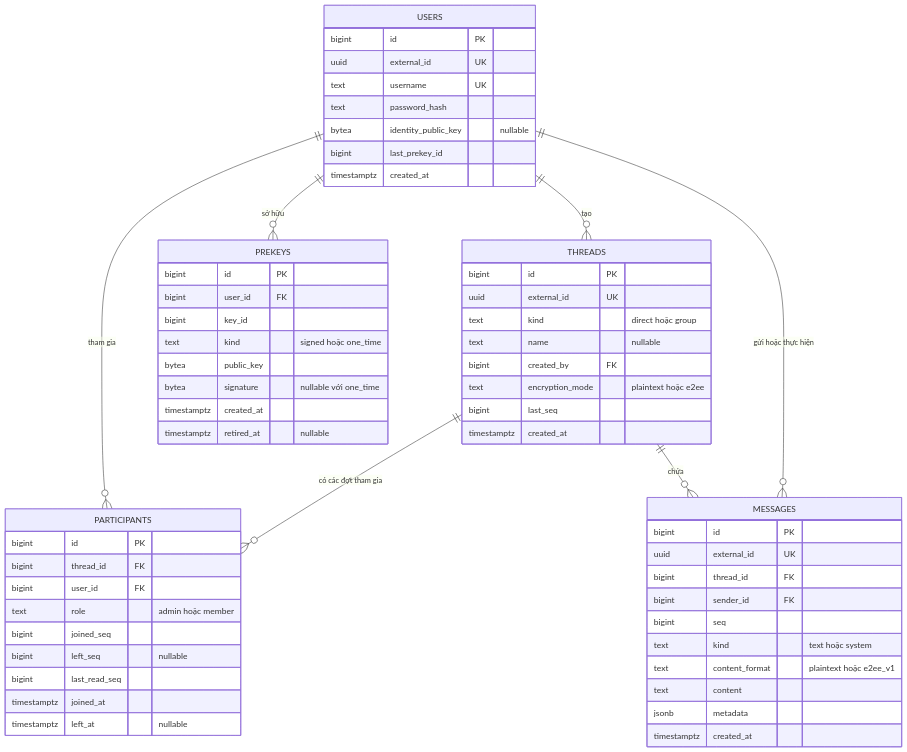
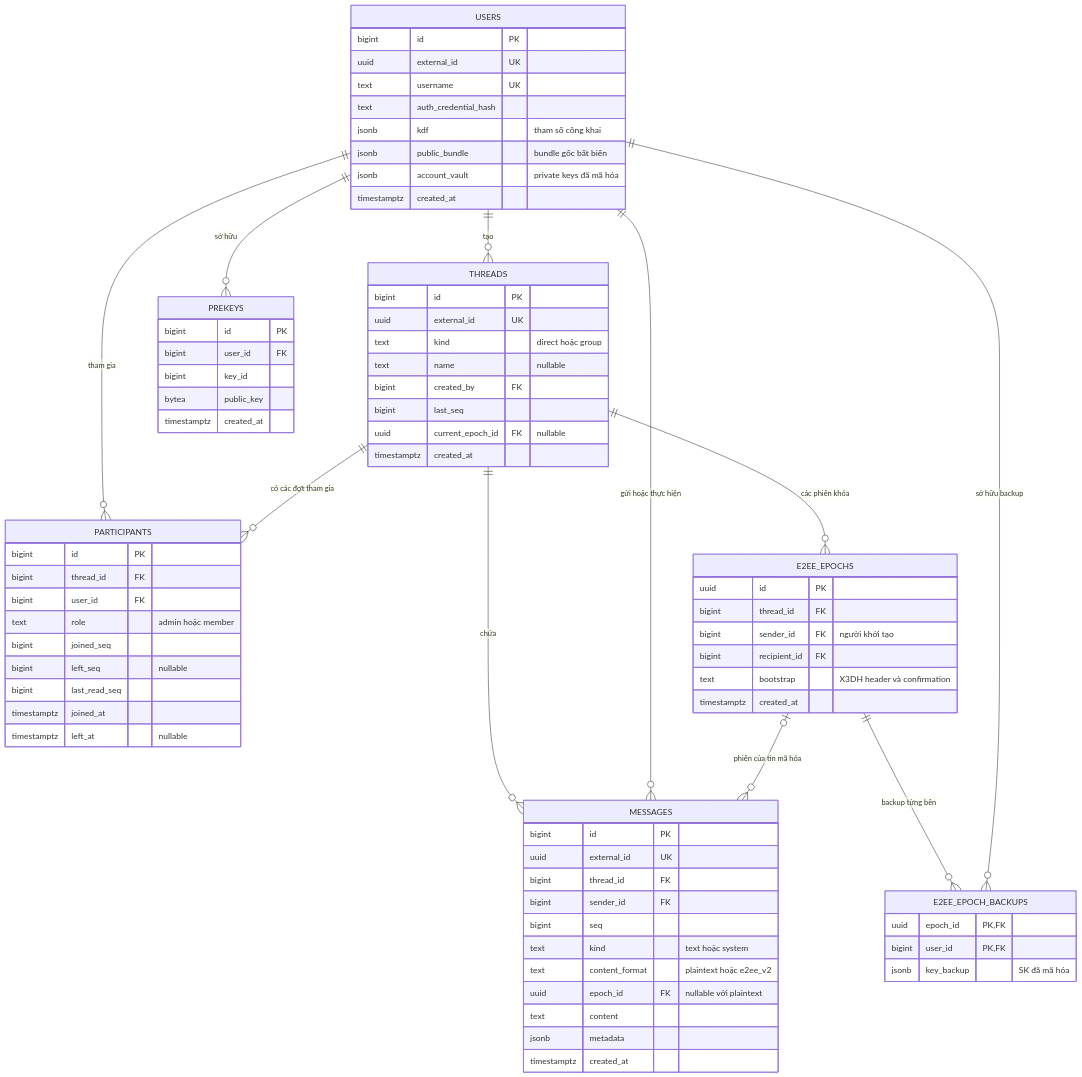
One commit to daoquocdai/chat-api changed the diagram in docs/chat-api-erd.md. Above: the diagram before and after it, drawn with Mermaid. The commit also changed other lines of this file and 70 other files, not shown here.

````diff
--- a/docs/chat-api-erd.md
+++ b/docs/chat-api-erd.md
@@ -10,14 +10,19 @@
     THREADS ||--o{ MESSAGES : "chứa"
     USERS ||--o{ MESSAGES : "gửi hoặc thực hiện"
     USERS ||--o{ PREKEYS : "sở hữu"
+    THREADS ||--o{ E2EE_EPOCHS : "các phiên khóa"
+    E2EE_EPOCHS o|--o{ MESSAGES : "phiên của tin mã hóa"
+    E2EE_EPOCHS ||--o{ E2EE_EPOCH_BACKUPS : "backup từng bên"
+    USERS ||--o{ E2EE_EPOCH_BACKUPS : "sở hữu backup"
 
     USERS {
         bigint id PK
         uuid external_id UK
         text username UK
-        text password_hash
-        bytea identity_public_key "nullable"
-        bigint last_prekey_id
+        text auth_credential_hash
+        jsonb kdf "tham số công khai"
+        jsonb public_bundle "bundle gốc bất biến"
+        jsonb account_vault "private keys đã mã hóa"
         timestamptz created_at
     }
 
@@ -27,8 +32,8 @@
         text kind "direct hoặc group"
         text name "nullable"
         bigint created_by FK
-        text encryption_mode "plaintext hoặc e2ee"
         bigint last_seq
+        uuid current_epoch_id FK "nullable"
         timestamptz created_at
     }
 
@@ -51,7 +56,8 @@
         bigint sender_id FK
         bigint seq
         text kind "text hoặc system"
-        text content_format "plaintext hoặc e2ee_v1"
+        text content_format "plaintext hoặc e2ee_v2"
+        uuid epoch_id FK "nullable với plaintext"
         text content
         jsonb metadata
         timestamptz created_at
@@ -61,10 +67,22 @@
         bigint id PK
         bigint user_id FK
         bigint key_id
-        text kind "signed hoặc one_time"
         bytea public_key
-        bytea signature "nullable với one_time"
         timestamptz created_at
-        timestamptz retired_at "nullable"
+    }
+
+    E2EE_EPOCHS {
+        uuid id PK
+        bigint thread_id FK
+        bigint sender_id FK "người khởi tạo"
+        bigint recipient_id FK
+        text bootstrap "X3DH header và confirmation"
+        timestamptz created_at
+    }
+
+    E2EE_EPOCH_BACKUPS {
+        uuid epoch_id PK,FK
+        bigint user_id PK,FK
+        jsonb key_backup "SK đã mã hóa"
     }
 ```
````
